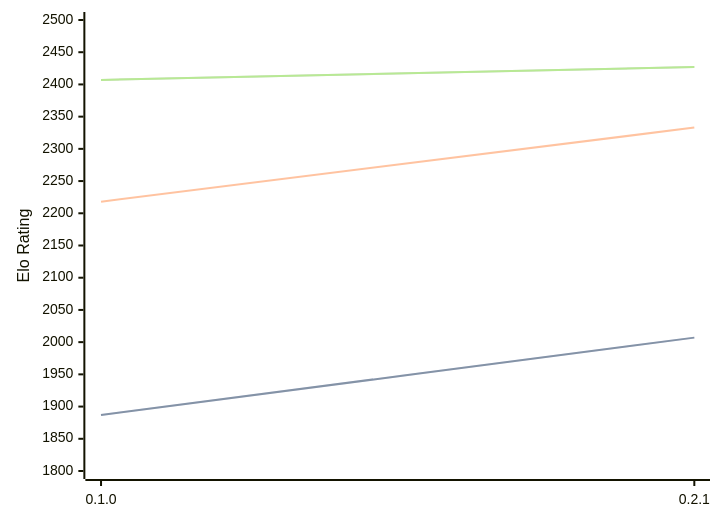
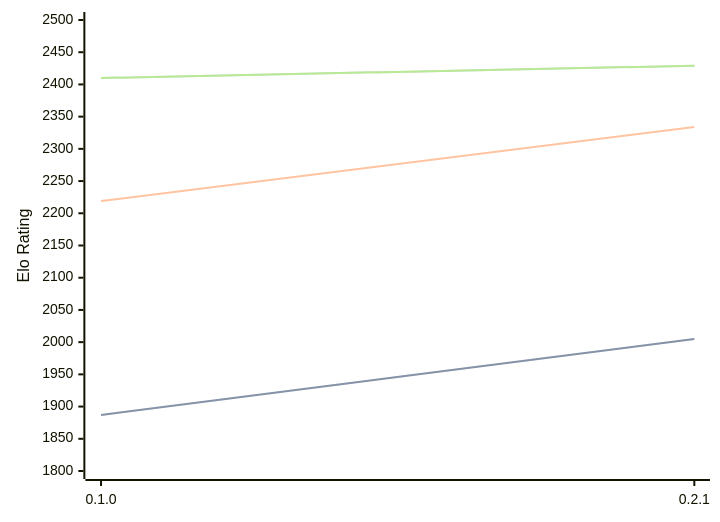
Before and after one commit to computer-chess-index/cci: the diagram in engines/Sykora.md, drawn with Mermaid. The commit also changed other lines of this file, not shown here.

Commit message:
Update CCI Ratings (ELO VLTC) - 2026-05-21

````diff
--- a/engines/Sykora.md
+++ b/engines/Sykora.md
@@ -33,11 +33,11 @@
 ```mermaid
 %%{init: {"theme":"base","themeVariables":{"seriesColors:['#a3a3a3','#222221','#faa371']}}}%%
 xychart-beta
   x-axis ["0.1.0", "0.2.1"]
   y-axis "Elo Rating" 1800 --> 2500
-  line "STC (8.0+0.08s)" [1887, 2007]
-  line "STC (8.0+0.08s)" [1887, 2007]
-  line "LTC (60.0+0.60s)" [2218, 2333]
-  line "VLTC (2m24s+1.12s)" [2407, 2427]
-  line "VLTC (2m24s+1.12s)" [2407, 2427]
+  line "STC (8.0+0.08s)" [1887, 2005]
+  line "STC (8.0+0.08s)" [1887, 2005]
+  line "LTC (60.0+0.60s)" [2219, 2334]
+  line "VLTC (2m24s+1.12s)" [2410, 2429]
+  line "VLTC (2m24s+1.12s)" [2410, 2429]
 ```
````
